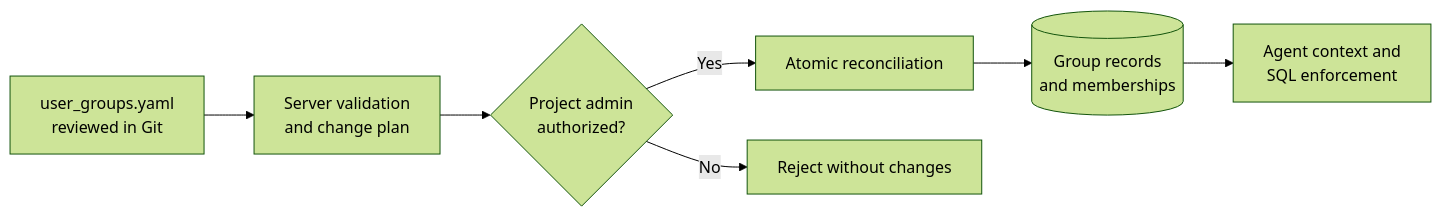
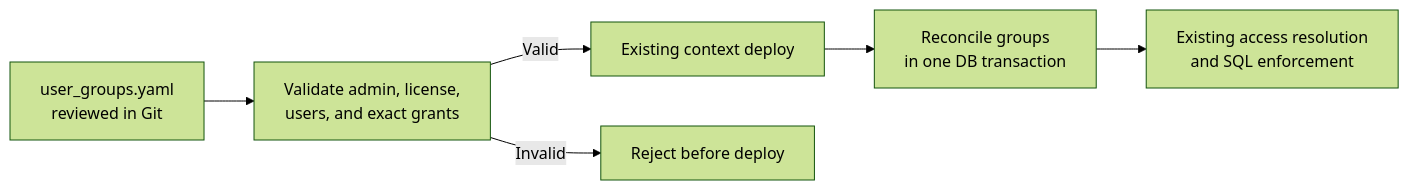
Before and after one commit to getnao/nao: the first of 2 diagrams in USER_GROUPS_AS_CODE.md, drawn with Mermaid (forest theme). The commit also changed other lines of this file, not shown here.

Commit message:
KISS plan

````diff
--- a/USER_GROUPS_AS_CODE.md
+++ b/USER_GROUPS_AS_CODE.md
@@ -12,16 +12,13 @@
 ```mermaid
 flowchart LR
     File["user_groups.yaml<br/>reviewed in Git"]
-    Plan["Server validation<br/>and change plan"]
-    Auth{"Project admin<br/>authorized?"}
-    Apply["Atomic reconciliation"]
-    Database[("Group records<br/>and memberships")]
-    Runtime["Agent context and<br/>SQL enforcement"]
-
-    File --> Plan
-    Plan --> Auth
-    Auth -->|No| Reject["Reject without changes"]
-    Auth -->|Yes| Apply
-    Apply --> Database
-    Database --> Runtime
+    Validate["Validate admin, license,<br/>users, and exact grants"]
+    Deploy["Existing context deploy"]
+    Reconcile["Reconcile groups<br/>in one DB transaction"]
+    Runtime["Existing access resolution<br/>and SQL enforcement"]
+    File --> Validate
+    Validate -->|Invalid| Reject["Reject before deploy"]
+    Validate -->|Valid| Deploy
+    Deploy --> Reconcile
+    Reconcile --> Runtime
 ```
````
